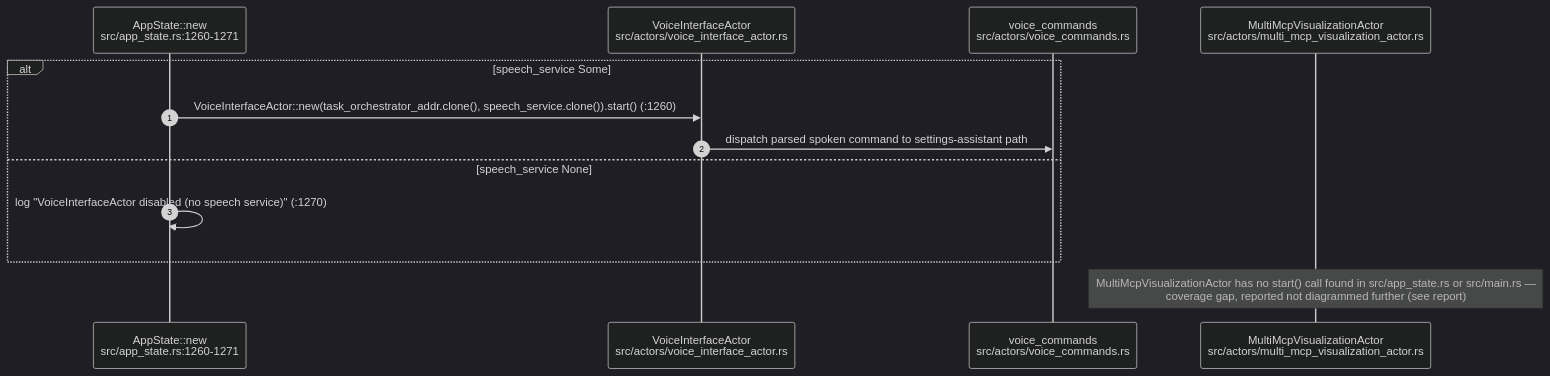
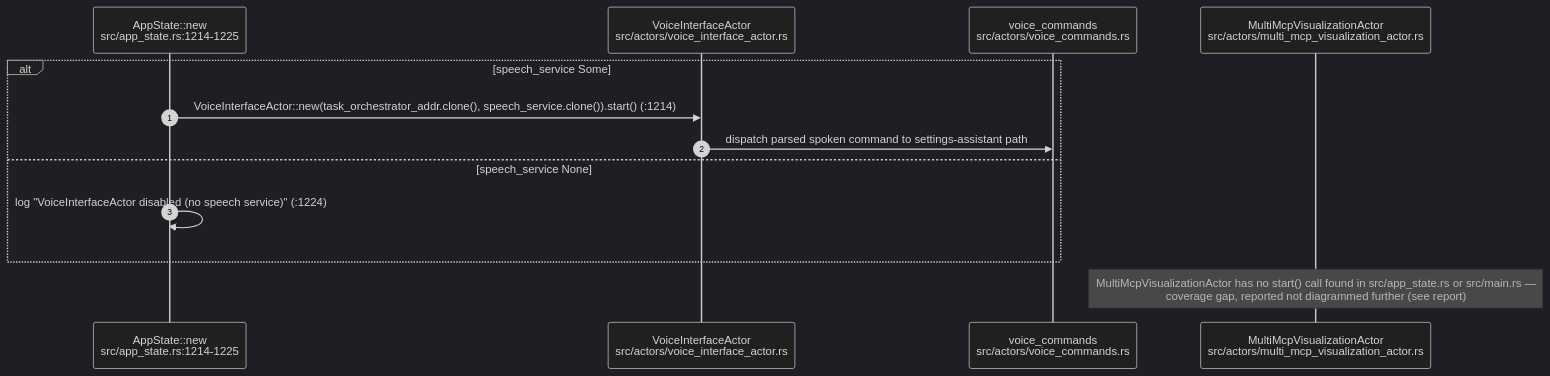
Before and after one commit to DreamLab-AI/VisionFlow: diagram 13 of 14 in docs/diagrams/visionclaw/02-actor-supervision.md, drawn with Mermaid (dark theme). The commit also changed other lines of this file and 46 other files, not shown here.

Commit message:
docs(diagrams): re-verify VisionClaw topics at 809a859aa/a950f4d80 after the consolidation pass

````diff
--- a/docs/diagrams/visionclaw/02-actor-supervision.md
+++ b/docs/diagrams/visionclaw/02-actor-supervision.md
@@ -501,16 +501,16 @@
 ```mermaid
 sequenceDiagram
     autonumber
-    participant APP as AppState::new<br/>src/app_state.rs:1260-1271
+    participant APP as AppState::new<br/>src/app_state.rs:1214-1225
     participant VI as VoiceInterfaceActor<br/>src/actors/voice_interface_actor.rs
     participant VC as voice_commands<br/>src/actors/voice_commands.rs
     participant MMV as MultiMcpVisualizationActor<br/>src/actors/multi_mcp_visualization_actor.rs
 
     alt speech_service Some
-        APP->>VI: VoiceInterfaceActor::new(task_orchestrator_addr.clone(), speech_service.clone()).start() (:1260)
+        APP->>VI: VoiceInterfaceActor::new(task_orchestrator_addr.clone(), speech_service.clone()).start() (:1214)
         VI->>VC: dispatch parsed spoken command to settings-assistant path
     else speech_service None
-        APP->>APP: log "VoiceInterfaceActor disabled (no speech service)" (:1270)
+        APP->>APP: log "VoiceInterfaceActor disabled (no speech service)" (:1224)
     end
     Note over MMV: MultiMcpVisualizationActor has no start() call found in src/app_state.rs or src/main.rs —<br/>coverage gap, reported not diagrammed further (see report)
 ```
````
